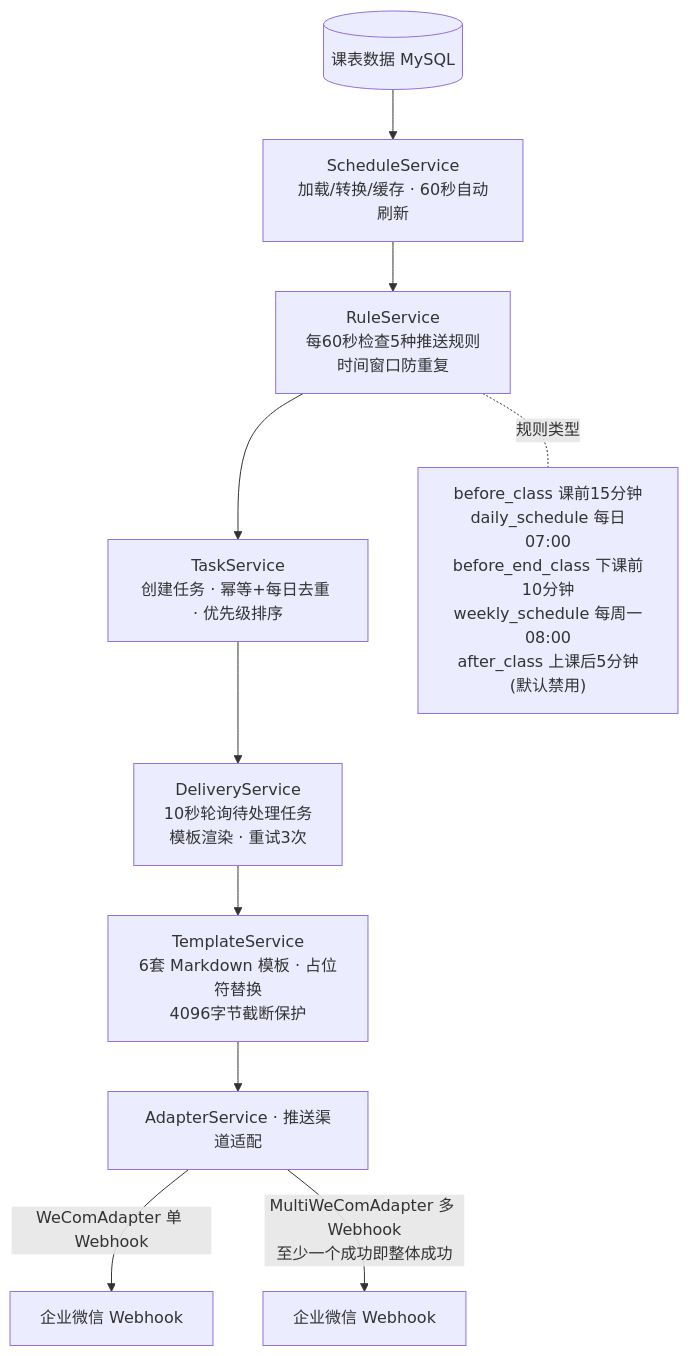
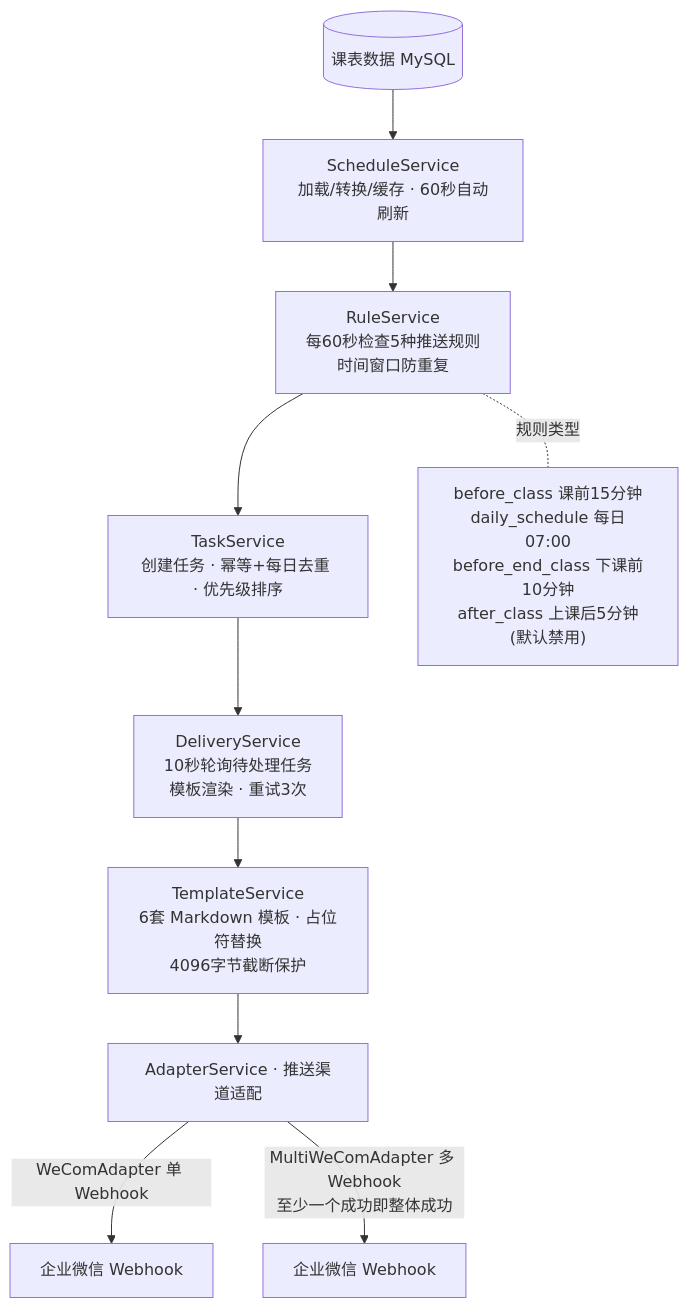
The third of 9 diagrams in Push_System_Flask/README.md (CherryPainter/campus-info-system), drawn with Mermaid before and after one commit. The commit also changed other lines of this file and 15 other files, not shown here.

First line of the commit message:
fix: 移除文本版每周课表推送（weekly_schedule 规则 + schedule_summary_weekly 模板），升版本至 v6.15.2

````diff
--- a/Push_System_Flask/README.md
+++ b/Push_System_Flask/README.md
@@ -1043,15 +1043,15 @@
 ```mermaid
 flowchart TD
     D[(课表数据 MySQL)] --> SCH["ScheduleService<br/>加载/转换/缓存 · 60秒自动刷新"]
     SCH --> RULE["RuleService<br/>每60秒检查5种推送规则<br/>时间窗口防重复"]
     RULE --> TASK["TaskService<br/>创建任务 · 幂等+每日去重 · 优先级排序"]
     TASK --> DELIV["DeliveryService<br/>10秒轮询待处理任务<br/>模板渲染 · 重试3次"]
     DELIV --> TPL["TemplateService<br/>6套 Markdown 模板 · 占位符替换<br/>4096字节截断保护"]
     TPL --> ADP["AdapterService · 推送渠道适配"]
     ADP -->|WeComAdapter 单 Webhook| W1[企业微信 Webhook]
     ADP -->|MultiWeComAdapter 多 Webhook<br/>至少一个成功即整体成功| W2[企业微信 Webhook]
 
-    RULE -. 规则类型 .- R["before_class 课前15分钟<br/>daily_schedule 每日07:00<br/>before_end_class 下课前10分钟<br/>weekly_schedule 每周一08:00<br/>after_class 上课后5分钟(默认禁用)"]
+    RULE -. 规则类型 .- R["before_class 课前15分钟<br/>daily_schedule 每日07:00<br/>before_end_class 下课前10分钟<br/>after_class 上课后5分钟(默认禁用)"]
 
 
 ```
````
